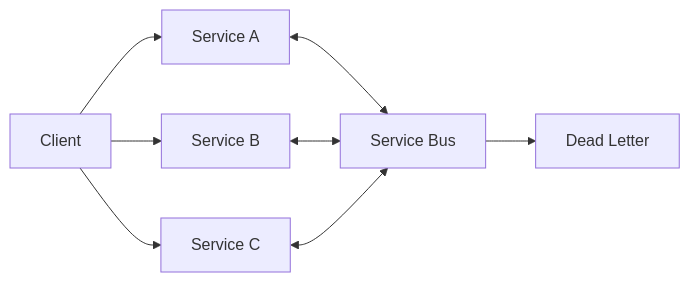
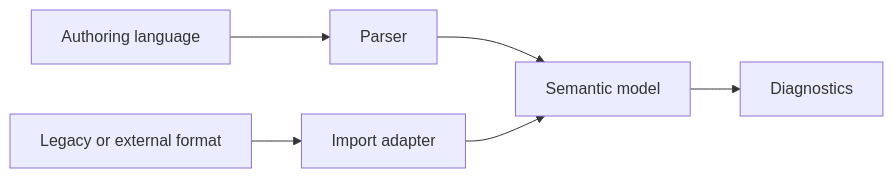
One commit to Allann/Modeller.Next changed the third of 8 diagrams in docs/architecture/architecture-101.md. Above: the diagram before and after it, drawn with Mermaid. The commit also changed other lines of this file and 22 other files, not shown here.

````diff
--- a/docs/architecture/architecture-101.md
+++ b/docs/architecture/architecture-101.md
@@ -64,10 +109,8 @@
 ```mermaid
 graph LR
-    Client --> SvcA[Service A]
-    Client --> SvcB[Service B]
-    Client --> SvcC[Service C]
-    SvcA <--> Bus[Service Bus]
-    SvcB <--> Bus
-    SvcC <--> Bus
-    Bus --> DL[Dead Letter]
+    Source[Authoring language] --> Parser
+    Importer[Legacy or external format] --> ImportAdapter[Import adapter]
+    Parser --> Model[Semantic model]
+    ImportAdapter --> Model
+    Model --> Diagnostics
 ```
````
